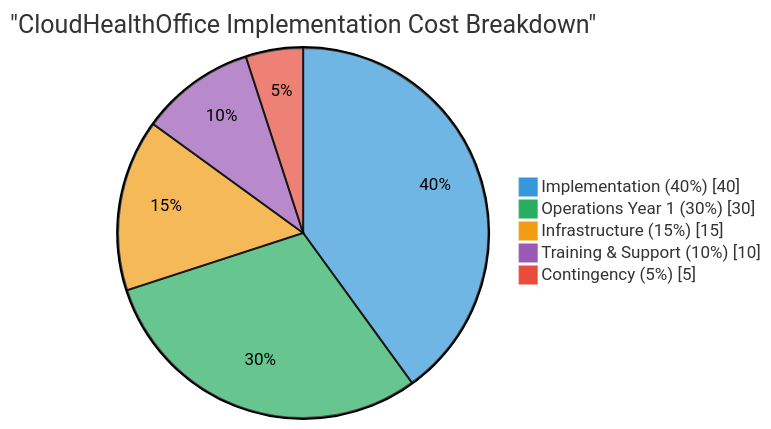
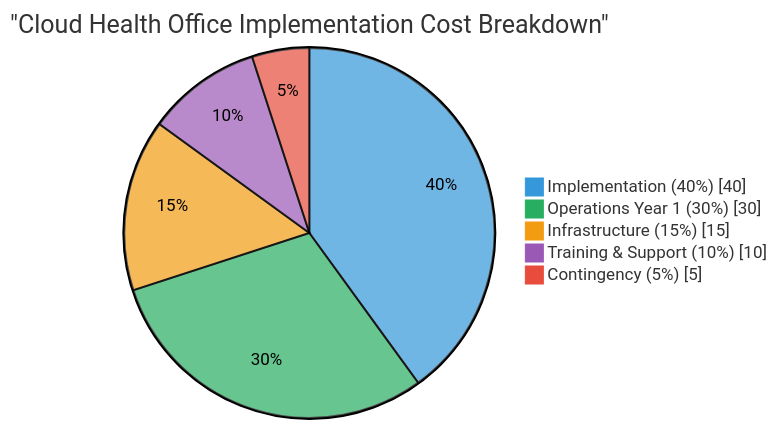
One commit to ssdotai/healthcorex changed the third of 4 diagrams in docs/security/WHITEPAPER-CMS-0057-F-COMPLIANCE.md. Above: the diagram before and after it, drawn with Mermaid. The commit also changed other lines of this file and 1880 other files, not shown here.

````diff
--- a/docs/security/WHITEPAPER-CMS-0057-F-COMPLIANCE.md
+++ b/docs/security/WHITEPAPER-CMS-0057-F-COMPLIANCE.md
@@ -468,10 +471,10 @@
 ```mermaid
 %%{init: {'theme': 'neutral', 'themeVariables': { 'pie1': '#3498db', 'pie2': '#27ae60', 'pie3': '#f39c12', 'pie4': '#9b59b6', 'pie5': '#e74c3c' }}}%%
 pie showData
-    title "CloudHealthOffice Implementation Cost Breakdown"
+    title "Cloud Health Office Implementation Cost Breakdown"
     "Implementation (40%)" : 40
     "Operations Year 1 (30%)" : 30
     "Infrastructure (15%)" : 15
     "Training & Support (10%)" : 10
     "Contingency (5%)" : 5
 ```
````
